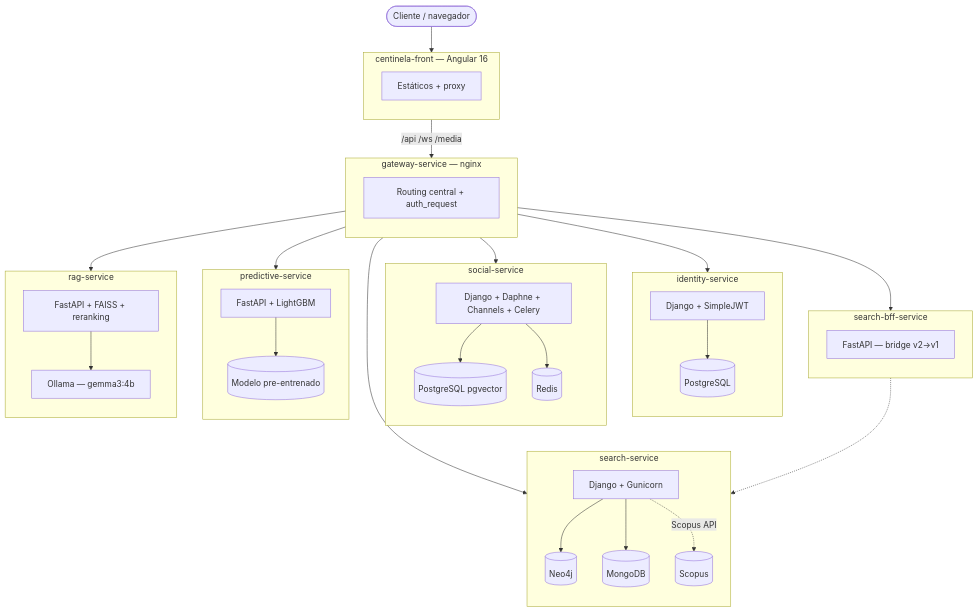
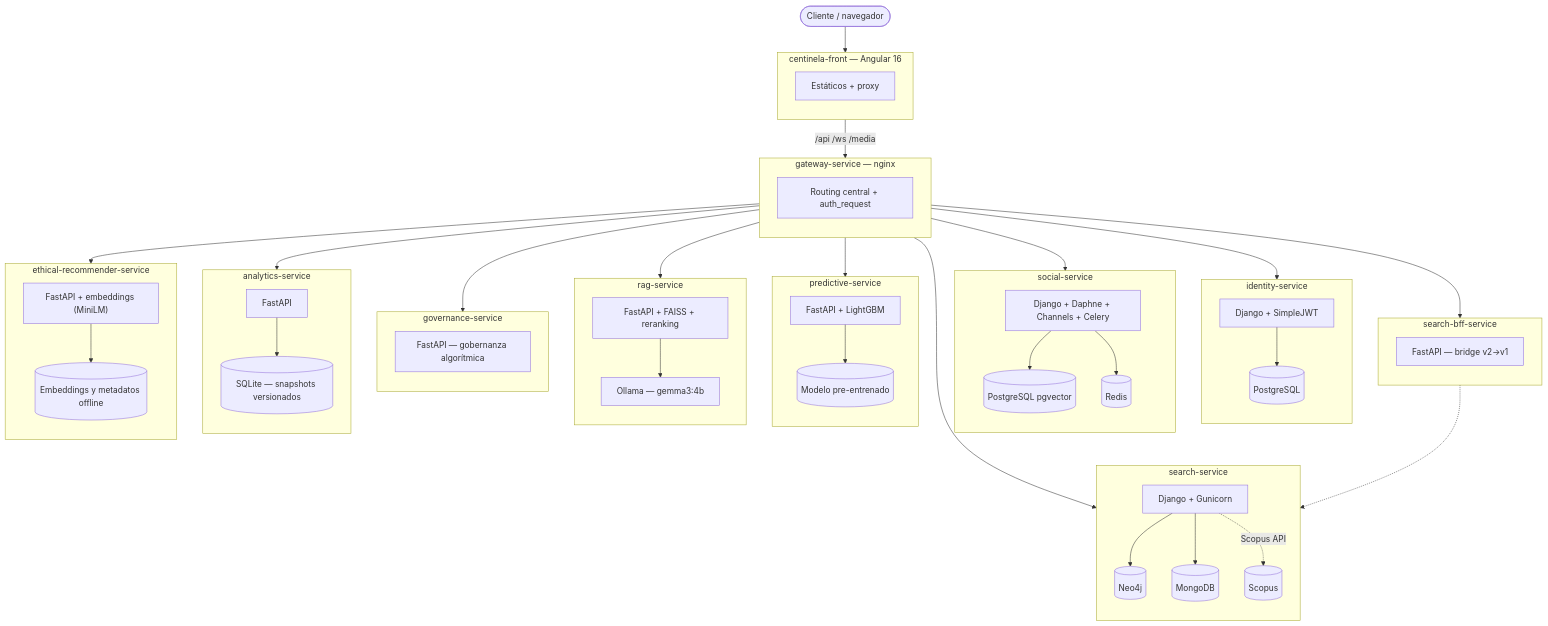
The diagram in profile/README.md (PlataformaIntegradaInvestigadores/.github), drawn with Mermaid before and after one commit. The commit also changed other lines of this file, not shown here.

Commit message:
docs: add governance, analytics and recommender to the org profile
The profile listed only the original six backends. governance-service,
analytics-service and ethical-recommender-service are now routed by the
gateway, so add them to the diagram, the repository table and the
architecture/CI notes (private support repos are intentionally omitted).

````diff
--- a/profile/README.md
+++ b/profile/README.md
@@ -11,57 +11,75 @@
 ```mermaid
 flowchart TB
     Cliente(["Cliente / navegador"]) --> Frontend
 
     subgraph Frontend["centinela-front — Angular 16"]
         direction TB
         FE[Estáticos + proxy]
     end
 
     Frontend -->|"/api /ws /media"| Gateway
 
     subgraph Gateway["gateway-service — nginx"]
         direction TB
         GW["Routing central + auth_request"]
     end
 
     Gateway --> Identity
     Gateway --> Social
     Gateway --> Search
     Gateway --> SearchBff
     Gateway --> Predictive
     Gateway --> RAG
+    Gateway --> Governance
+    Gateway --> Analytics
+    Gateway --> Recommender
 
     subgraph Identity["identity-service"]
         direction TB
         ID["Django + SimpleJWT"] --> IDDB[(PostgreSQL)]
     end
 
     subgraph Social["social-service"]
         direction TB
         SO["Django + Daphne + Channels + Celery"] --> SODB[(PostgreSQL pgvector)]
         SO --> SORD[(Redis)]
     end
 
     subgraph Search["search-service"]
         direction TB
         SE["Django + Gunicorn"] --> SENEO[(Neo4j)]
         SE --> SEMONGO[(MongoDB)]
         SE -.->|Scopus API| SCOPUS[(Scopus)]
     end
 
     subgraph SearchBff["search-bff-service"]
         direction TB
         MS["FastAPI — bridge v2→v1"]
     end
     MS -.-> SE
 
     subgraph Predictive["predictive-service"]
         direction TB
         PR["FastAPI + LightGBM"] --> PRFILE[("Modelo pre-entrenado")]
     end
 
     subgraph RAG["rag-service"]
         direction TB
         RG["FastAPI + FAISS + reranking"] --> OLLAMA["Ollama — gemma3:4b"]
     end
+
+    subgraph Governance["governance-service"]
+        direction TB
+        GV["FastAPI — gobernanza algorítmica"]
+    end
+
+    subgraph Analytics["analytics-service"]
+        direction TB
+        AN["FastAPI"] --> ANDB[("SQLite — snapshots versionados")]
+    end
+
+    subgraph Recommender["ethical-recommender-service"]
+        direction TB
+        ER["FastAPI + embeddings (MiniLM)"] --> ERFILE[("Embeddings y metadatos offline")]
+    end
 ```
````
